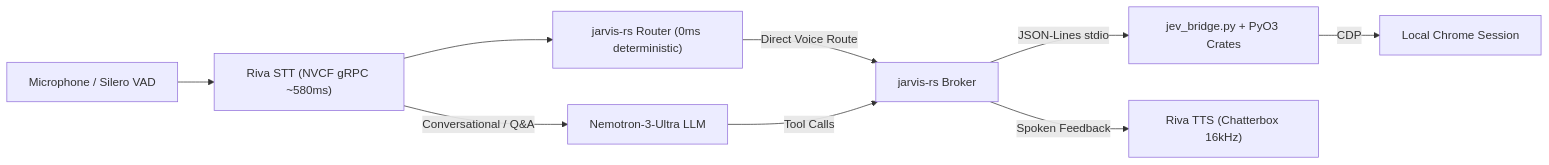
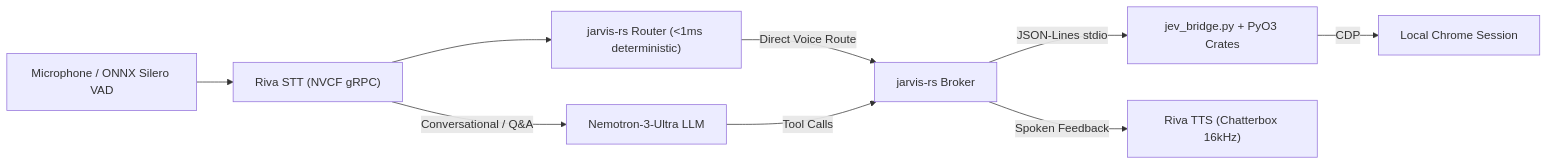
Before and after one commit to hackerabi2005/ai: the diagram in HANDOFF.md, drawn with Mermaid. The commit also changed other lines of this file and 25 other files, not shown here.

Commit message:
Fix startup hangs, ONNX Silero VAD, PyO3 wiring, broker/supervisor races, and jarvis doctor

````diff
--- a/HANDOFF.md
+++ b/HANDOFF.md
@@ -13,11 +12,11 @@
 ```mermaid
 flowchart LR
-    Mic["Microphone / Silero VAD"] --> STT["Riva STT (NVCF gRPC ~580ms)"]
-    STT --> Router["jarvis-rs Router (0ms deterministic)"]
+    Mic["Microphone / ONNX Silero VAD"] --> STT["Riva STT (NVCF gRPC)"]
+    STT --> Router["jarvis-rs Router (<1ms deterministic)"]
     Router -->|Direct Voice Route| Broker["jarvis-rs Broker"]
     STT -->|Conversational / Q&A| LLM["Nemotron-3-Ultra LLM"]
     LLM -->|Tool Calls| Broker
     Broker -->|JSON-Lines stdio| Bridge["jev_bridge.py + PyO3 Crates"]
     Bridge -->|CDP| Chrome["Local Chrome Session"]
     Broker -->|Spoken Feedback| TTS["Riva TTS (Chatterbox 16kHz)"]
 ```
````
